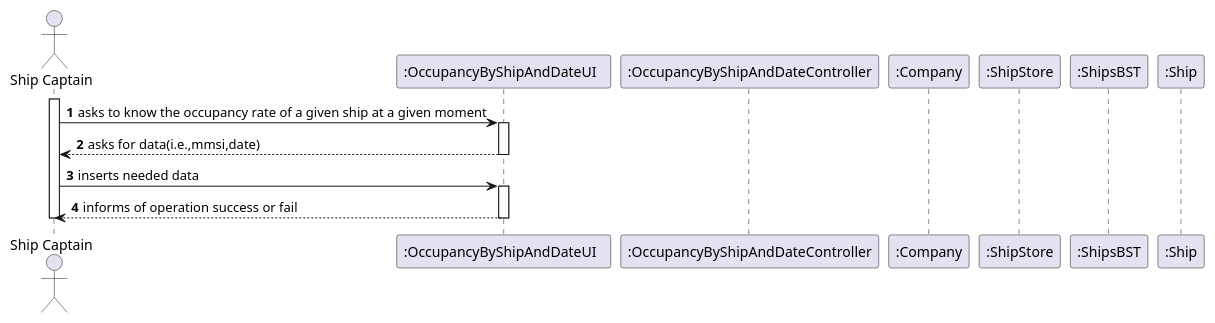
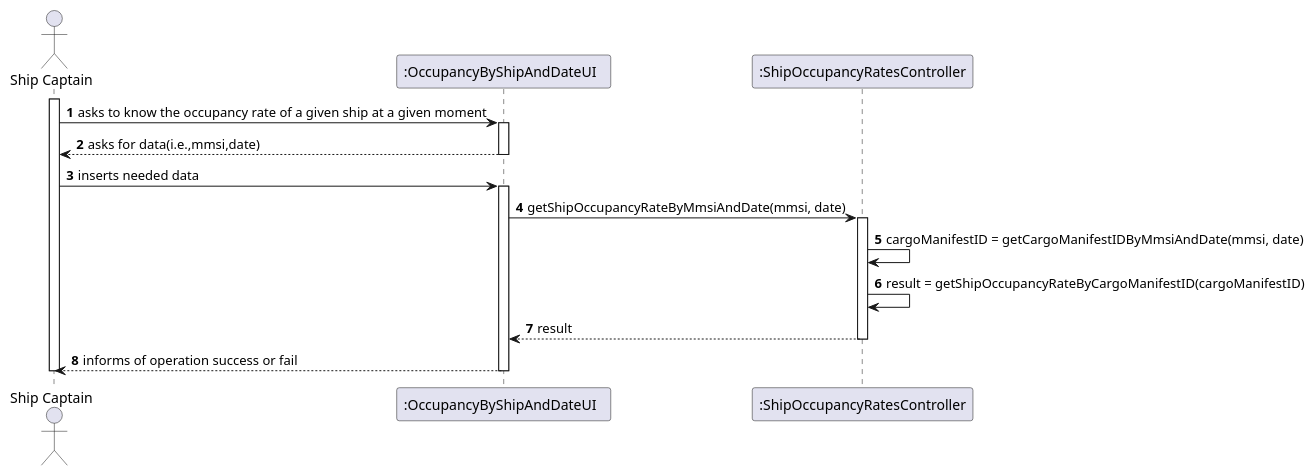
The diagram in docs/US209/US_209_SD.puml (ana-albergaria/LAPR3-ISEP), drawn with PlantUML before and after one commit. The commit also changed 7 other files, not shown here.

```diff
--- a/docs/US209/US_209_SD.puml
+++ b/docs/US209/US_209_SD.puml
@@ -1,23 +1,30 @@
 @startuml
 autonumber
 'hide footbox
 actor "Ship Captain" as SC
 participant ":OccupancyByShipAndDateUI  " as UI
-participant ":OccupancyByShipAndDateController" as CTRL
-participant ":Company" as CMP
-participant ":ShipStore" as STORE
-participant ":ShipsBST" as SBST
-participant ":Ship" as SHIP
+participant ":ShipOccupancyRatesController" as CTRL
+'participant ":Company" as CMP
+'participant ":ShipStore" as STORE
+'participant ":ShipsBST" as SBST
+'participant ":Ship" as SHIP
 
 activate SC
 SC -> UI : asks to know the occupancy rate of a given ship at a given moment
 activate UI
 UI --> SC : asks for data(i.e.,mmsi,date)
 deactivate UI
 SC -> UI : inserts needed data
 activate UI
+UI -> CTRL : getShipOccupancyRateByMmsiAndDate(mmsi, date)
+activate CTRL
+CTRL -> CTRL : cargoManifestID = getCargoManifestIDByMmsiAndDate(mmsi, date)
+
+CTRL -> CTRL : result = getShipOccupancyRateByCargoManifestID(cargoManifestID)
+CTRL --> UI : result
+deactivate CTRL
 UI --> SC : informs of operation success or fail
 deactivate UI
 deactivate SC
 
 @enduml
```
